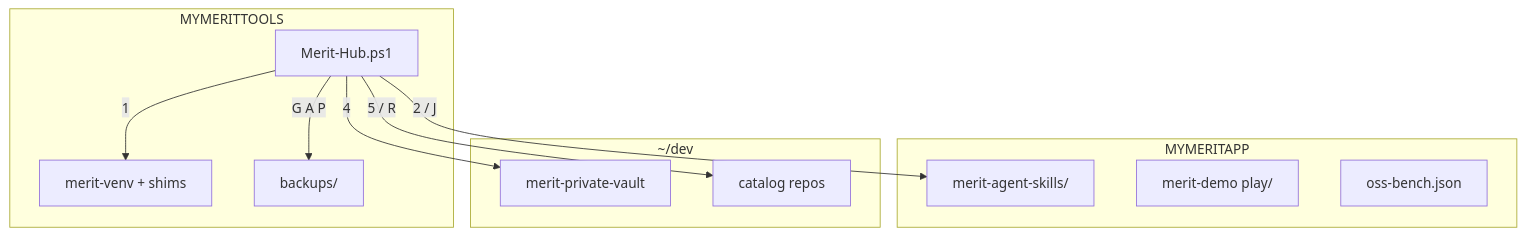
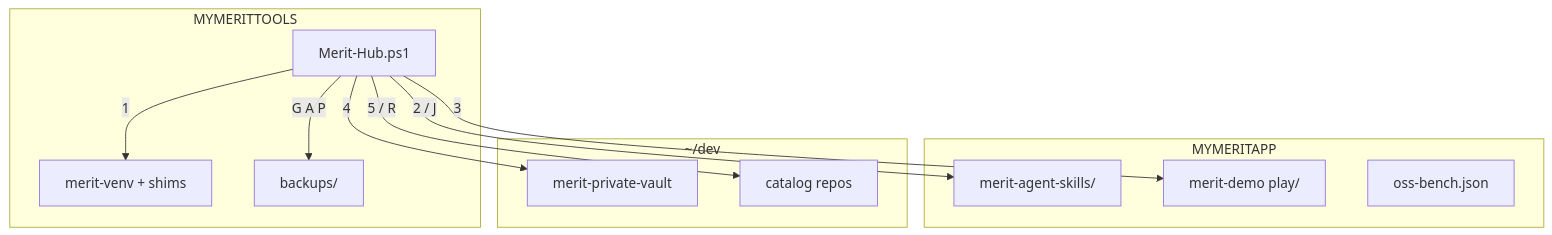
Before and after one commit to AgentDraven/merit-agent-skills: the diagram in Merit-Hub/README.md, drawn with Mermaid. The commit also changed other lines of this file and 9 other files, not shown here.

Commit message:
fix: Hub cold-start — menu survives native errors; 2 skills-only, 3 public demo

````diff
--- a/Merit-Hub/README.md
+++ b/Merit-Hub/README.md
@@ -63,25 +66,26 @@
 ```mermaid
 flowchart TB
   subgraph tools ["MYMERITTOOLS"]
     HUB["Merit-Hub.ps1"]
     VENV["merit-venv + shims"]
     BACK["backups/"]
   end
 
   subgraph bench ["MYMERITAPP"]
     SKILLS["merit-agent-skills/"]
     DEMO["merit-demo play/"]
     BENCH["oss-bench.json"]
   end
 
   subgraph dev ["~/dev"]
     VAULT["merit-private-vault"]
     CATALOG["catalog repos"]
   end
 
   HUB -->|"1"| VENV
   HUB -->|"2 / J"| SKILLS
+  HUB -->|"3"| DEMO
   HUB -->|"4"| VAULT
   HUB -->|"5 / R"| CATALOG
   HUB -->|"G A P"| BACK
 ```
````
